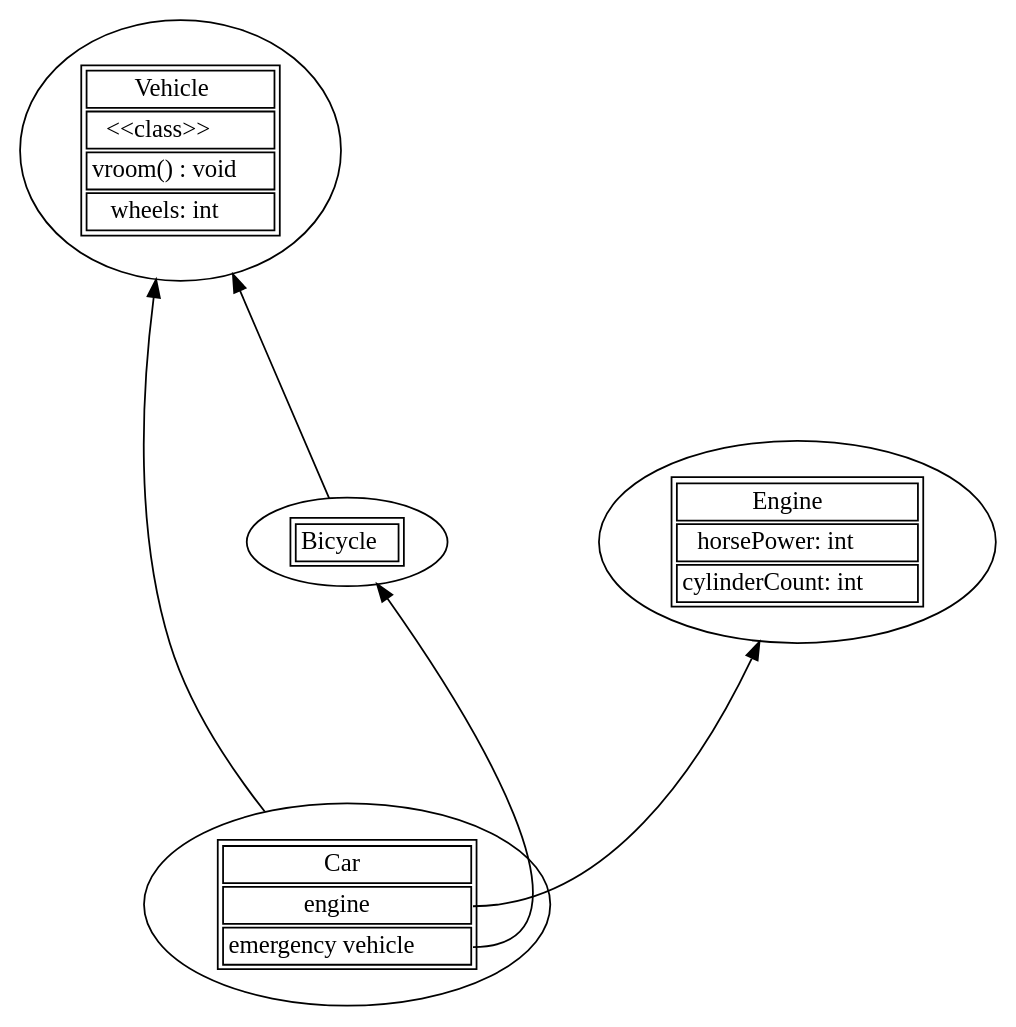
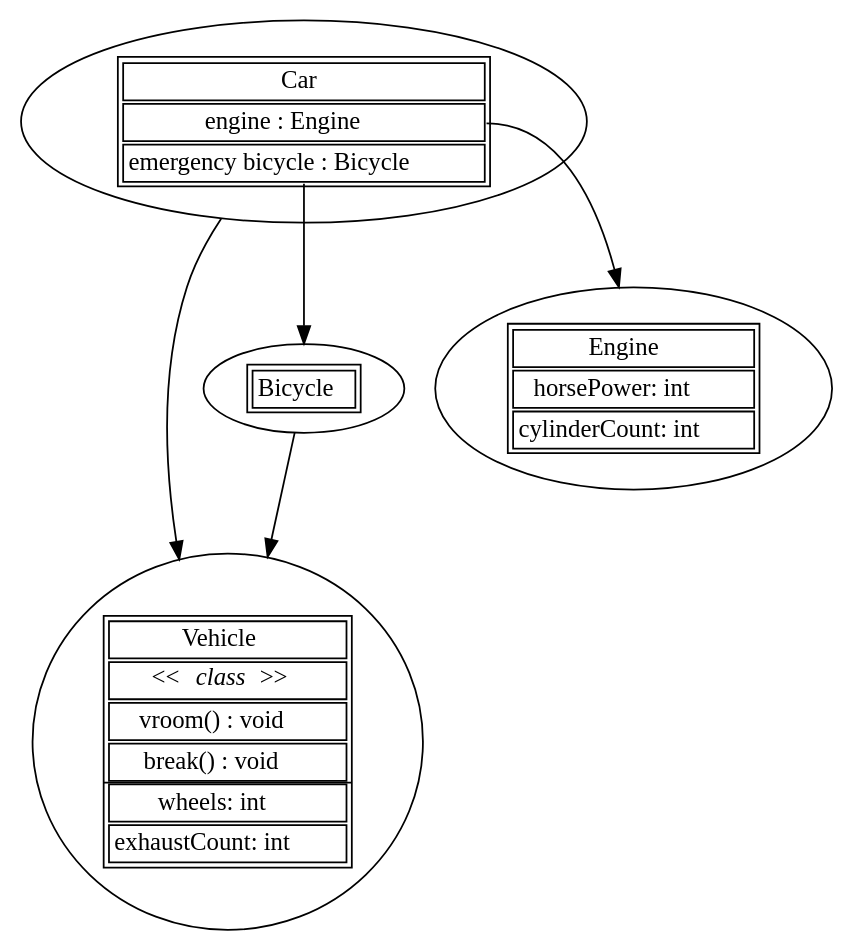
The diagram in example/classes.dot (stemey/dotstyle), drawn with Graphviz before and after one commit. The commit also changed 1 other file, not shown here.

```diff
--- a/example/classes.dot
+++ b/example/classes.dot
@@ -1,62 +1,66 @@
 digraph{
    
    style= "classes.dss";
-	rankdir="BT";
- 	ranksep="1.25"; 
-	nodesep="1.2";
-  
+ 
    Car -> Vehicle [tooltip="extends"]
    Bicycle -> Vehicle [tooltip="extends"]
    Car:emergency -> Bicycle [tooltip="has"]
    Car:engine -> Engine [tooltip="has"]
 
     
    Engine[label=<<table> 
-   		<tr>
+   		<th>
    			<td><font>Engine</font></td>
-   		</tr>
-    		<tr>
+   		</th>
+    	<tr>
  	 	   	<td>horsePower: int</td> 
 		</tr> 
 		<tr>
 			<td>cylinderCount: int</td> 
 		</tr>
    		
    	</table>>]  
    
    Vehicle[label=<<table > 
-   		<tr>
+   		<th>
    			<td><font>Vehicle</font></td>
-		</tr>    		
-   		<tr type="stereotype">
-   			<td>&lt;&lt;class&gt;&gt;</td>
-		</tr>    		
+		</th>    		
+   		<th>
+   			<td><font>&lt;&lt;<i>class</i>&gt;&gt;</font></td>
+		</th>    		
    		<tr>
  		   	<td >vroom() : void</td>
 		</tr>
    		<tr>
- 		   	<td>wheels: int</td>
+ 		   	<td >break() : void</td>
+		</tr>
+		<hr></hr>  		
+   		<tr>
+ 		   	<td>wheels: int</td> 
+		</tr>
+   		<tr>
+ 		   	<td>exhaustCount: int</td> 
 		</tr>
     	</table>>]
    
    Car[label=<<table>
+   		<th>
+   			<td><font>Car</font></td>
+		</th>   
    		<tr>
-   			<td><font>Car</font></td>
-		</tr>  
-   		<tr>
-   			<td port="engine">engine</td>
+   			<td port="engine">engine : Engine</td>
 		</tr>   		
    		<tr>
-   			<td port="emergency">emergency vehicle</td>
+   			<td port="emergency">emergency bicycle : Bicycle</td>
 		</tr>   		
    	</table>>]
    
    Bicycle[label=<<table>
-   		<tr>
+   		<th>
    			<td><font>Bicycle</font></td>
-		</tr>   		
+		</th>   		
    	</table>>]
    
 
 
 }
```
